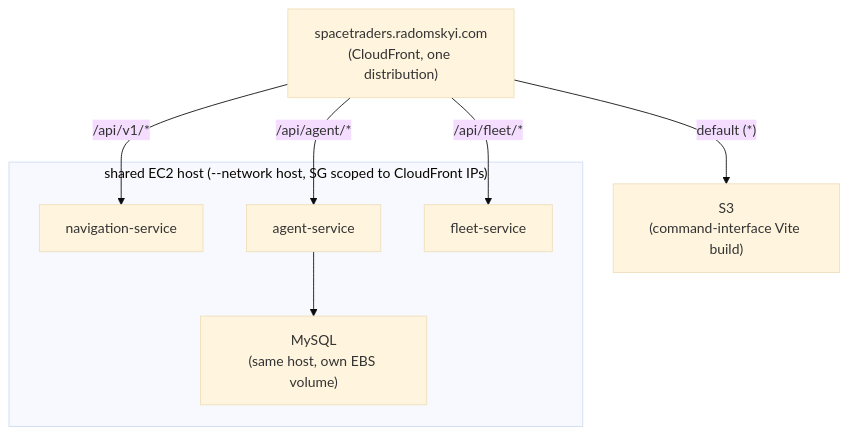
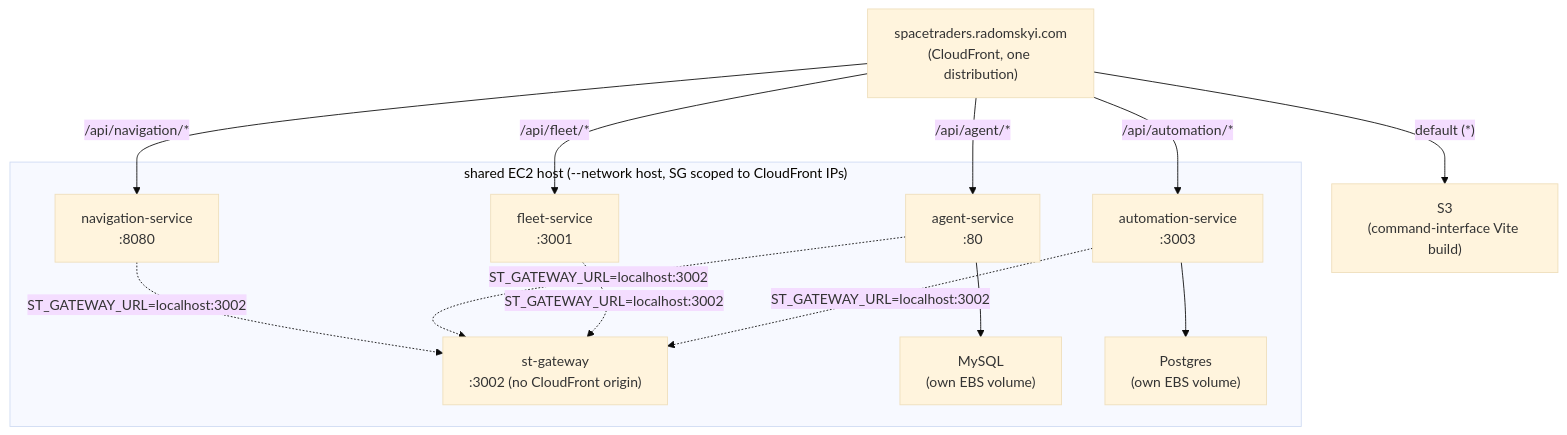
The diagram in docs/operations.md (V-M-Pioneer-Trading/meta), drawn with Mermaid (base theme) before and after one commit. The commit also changed other lines of this file, not shown here.

First line of the commit message:
docs: document actual deployment architecture, not the planned one

````diff
--- a/docs/operations.md
+++ b/docs/operations.md
@@ -61,22 +59,34 @@
 ```mermaid
 graph TD
     CF["spacetraders.radomskyi.com<br/>(CloudFront, one distribution)"]
     S3["S3<br/>(command-interface Vite build)"]
-    NAV["navigation-service"]
-    AGENT["agent-service"]
-    FLEET["fleet-service"]
-    MYSQL["MySQL<br/>(same host, own EBS volume)"]
+    NAV["navigation-service<br/>:8080"]
+    AGENT["agent-service<br/>:80"]
+    FLEET["fleet-service<br/>:3001"]
+    AUTOMATION["automation-service<br/>:3003"]
+    GATEWAY["st-gateway<br/>:3002 (no CloudFront origin)"]
+    MYSQL["MySQL<br/>(own EBS volume)"]
+    PG["Postgres<br/>(own EBS volume)"]
 
     CF -- "default (*)" --> S3
-    CF -- "/api/v1/*" --> NAV
+    CF -- "/api/navigation/*" --> NAV
     CF -- "/api/agent/*" --> AGENT
     CF -- "/api/fleet/*" --> FLEET
+    CF -- "/api/automation/*" --> AUTOMATION
     AGENT --> MYSQL
+    AUTOMATION --> PG
+    NAV -.->|"ST_GATEWAY_URL=localhost:3002"| GATEWAY
+    AGENT -.->|"ST_GATEWAY_URL=localhost:3002"| GATEWAY
+    FLEET -.->|"ST_GATEWAY_URL=localhost:3002"| GATEWAY
+    AUTOMATION -.->|"ST_GATEWAY_URL=localhost:3002"| GATEWAY
 
     subgraph EC2["shared EC2 host (--network host, SG scoped to CloudFront IPs)"]
         NAV
         AGENT
         FLEET
+        AUTOMATION
+        GATEWAY
         MYSQL
+        PG
     end
 ```
````
